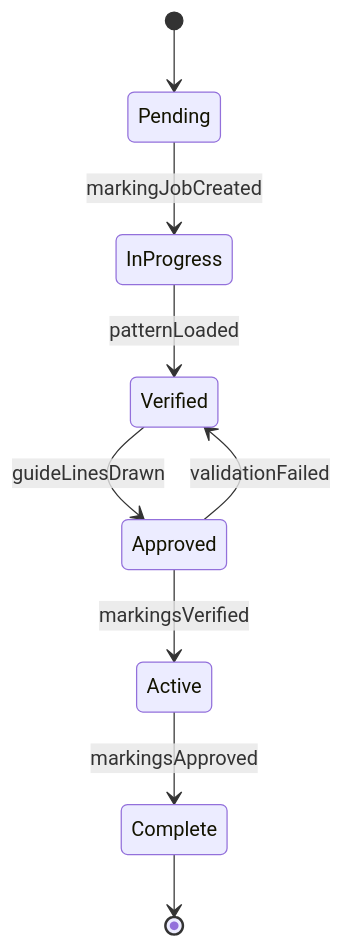
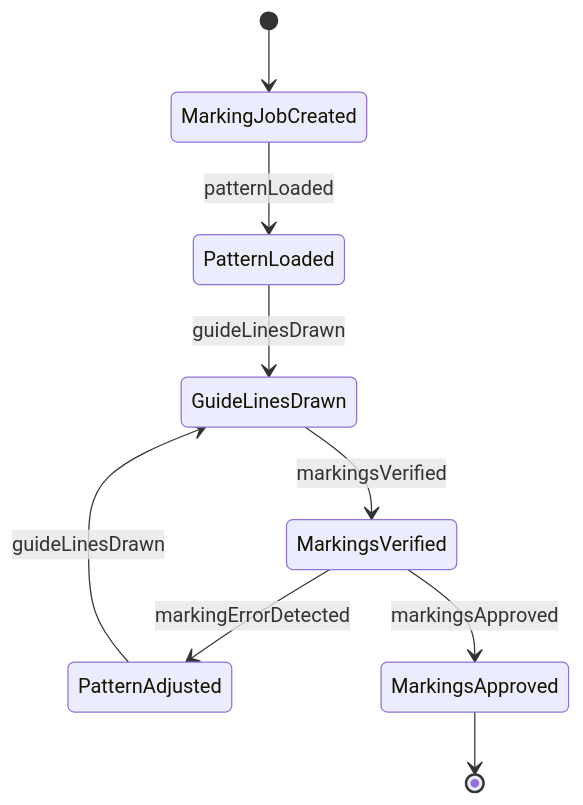
The second of 4 diagrams in HandlingAndMovingObjects/PositionMaterialsOrComponentsForAssembly/DrawGuideLinesMarkingsMaterials.mdx (dot-org-ai/tasks.org.ai), drawn with Mermaid before and after one commit. The commit also changed other lines of this file and 515 other files, not shown here.

````diff
--- a/HandlingAndMovingObjects/PositionMaterialsOrComponentsForAssembly/DrawGuideLinesMarkingsMaterials.mdx
+++ b/HandlingAndMovingObjects/PositionMaterialsOrComponentsForAssembly/DrawGuideLinesMarkingsMaterials.mdx
@@ -99,11 +99,11 @@
 ```mermaid
 stateDiagram-v2
-    [*] --> Pending
-    Pending --> InProgress : markingJobCreated
-    InProgress --> Verified : patternLoaded
-    Verified --> Approved : guideLinesDrawn
-    Approved --> Active : markingsVerified
-    Active --> Complete : markingsApproved
-    Approved --> Verified : validationFailed
-    Complete --> [*]
+    [*] --> MarkingJobCreated
+    MarkingJobCreated --> PatternLoaded : patternLoaded
+    PatternLoaded --> GuideLinesDrawn : guideLinesDrawn
+    GuideLinesDrawn --> MarkingsVerified : markingsVerified
+    MarkingsVerified --> PatternAdjusted : markingErrorDetected
+    PatternAdjusted --> GuideLinesDrawn : guideLinesDrawn
+    MarkingsVerified --> MarkingsApproved : markingsApproved
+    MarkingsApproved --> [*]
 ```
````
